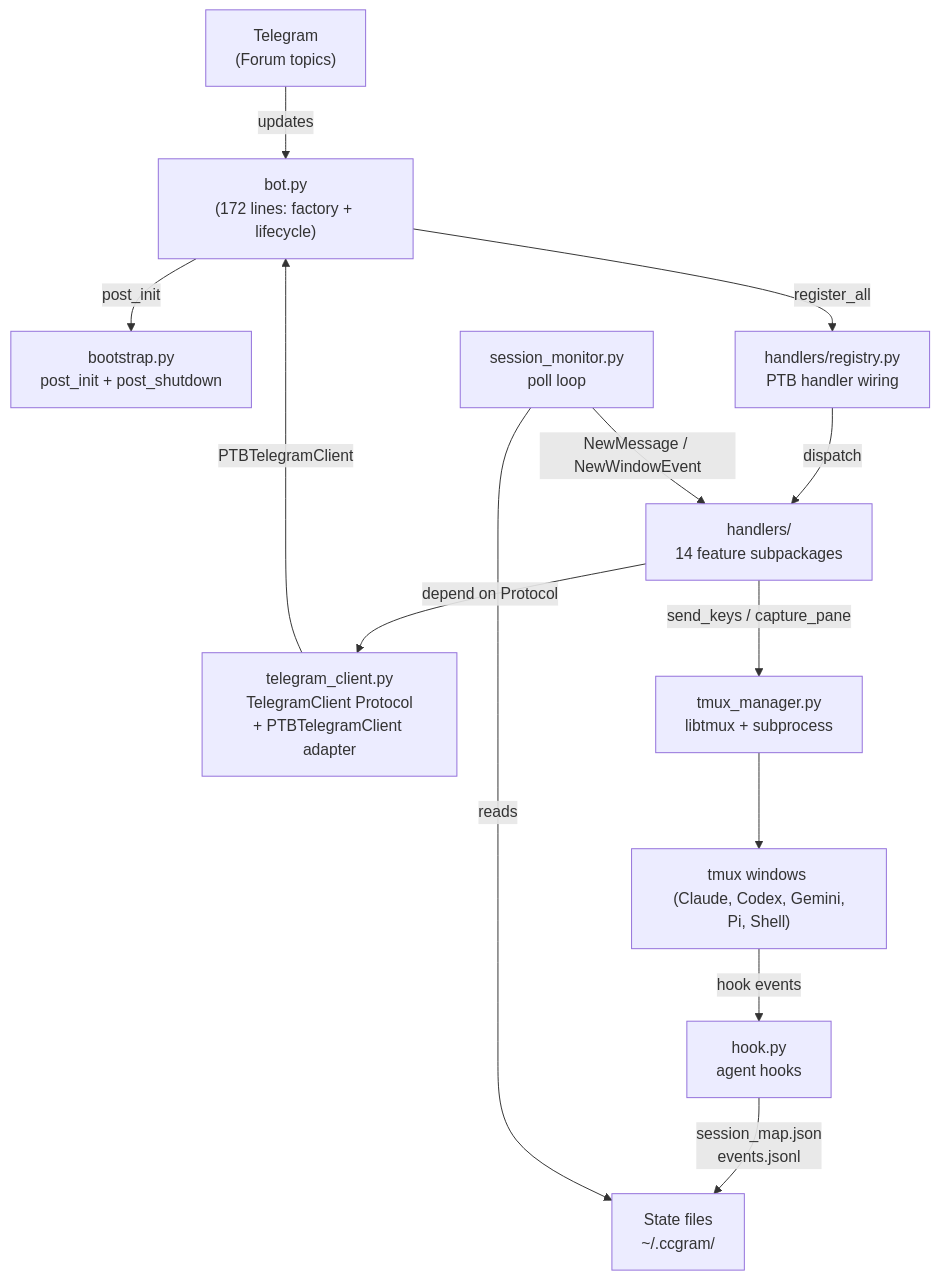
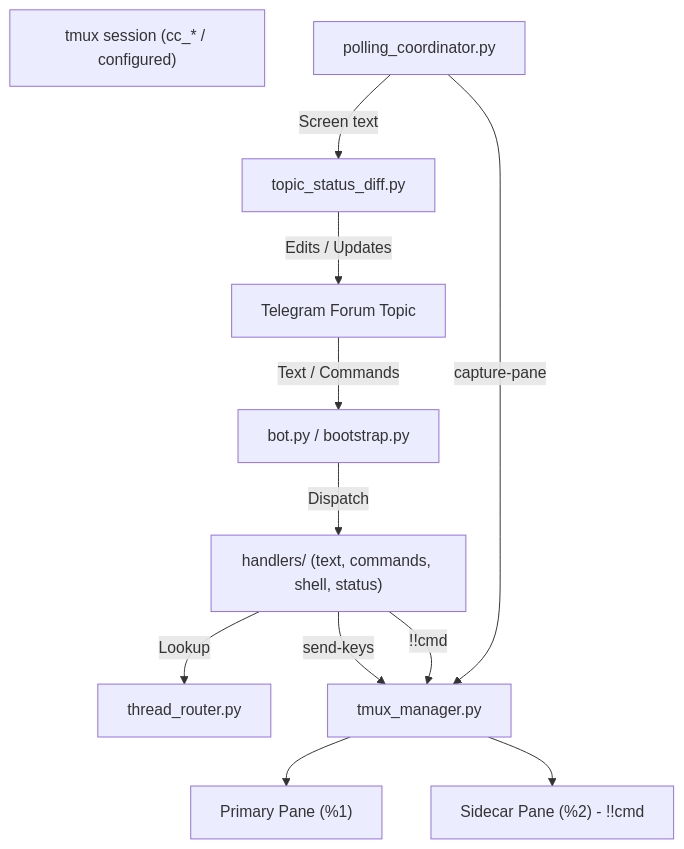
One commit to legale/ccgram changed the diagram in docs/architecture.md. Above: the diagram before and after it, drawn with Mermaid. The commit also changed other lines of this file and 3 other files, not shown here.

Commit message:
Docs: Update architecture, summary, and remove legacy provider docs (Point 13)

````diff
--- a/docs/architecture.md
+++ b/docs/architecture.md
@@ -9,27 +20,24 @@
 ```mermaid
 graph TB
-    Telegram["Telegram<br>(Forum topics)"]
-    Bot["bot.py<br>(172 lines: factory + lifecycle)"]
-    Bootstrap["bootstrap.py<br>post_init + post_shutdown"]
-    Registry["handlers/registry.py<br>PTB handler wiring"]
-    TC["telegram_client.py<br>TelegramClient Protocol<br>+ PTBTelegramClient adapter"]
-    Handlers["handlers/<br>14 feature subpackages"]
-    TmuxMgr["tmux_manager.py <br> libtmux + subprocess"]
-    Windows["tmux windows <br> (Claude, Codex, Gemini, Pi, Shell)"]
-    Hook["hook.py<br>agent hooks"]
-    Monitor["session_monitor.py<br>poll loop"]
-    State["State files<br>~/.ccgram/"]
+    Telegram["Telegram Forum Topic"]
+    Bot["bot.py / bootstrap.py"]
+    Router["thread_router.py"]
+    Handlers["handlers/ (text, commands, shell, status)"]
+    TmuxMgr["tmux_manager.py"]
+    TmuxSession["tmux session (cc_* / configured)"]
+    PrimaryPane["Primary Pane (%1)"]
+    SidecarPane["Sidecar Pane (%2) - !!cmd"]
+    PollCoordinator["polling_coordinator.py"]
+    DiffEngine["topic_status_diff.py"]
 
-    Telegram -- "updates" --> Bot
-    Bot -- "post_init" --> Bootstrap
-    Bot -- "register_all" --> Registry
-    Registry -- "dispatch" --> Handlers
-    Handlers -- "depend on Protocol" --> TC
-    TC -- "PTBTelegramClient" --> Bot
-    Handlers -- "send_keys / capture_pane" --> TmuxMgr
-    TmuxMgr --> Windows
-    Windows -- "hook events" --> Hook
-    Hook -- "session_map.json<br>events.jsonl" --> State
-    Monitor -- "reads" --> State
-    Monitor -- "NewMessage / NewWindowEvent" --> Handlers
+    Telegram -- "Text / Commands" --> Bot
+    Bot -- "Dispatch" --> Handlers
+    Handlers -- "Lookup" --> Router
+    Handlers -- "send-keys" --> TmuxMgr
+    Handlers -- "!!cmd" --> TmuxMgr
+    TmuxMgr --> PrimaryPane
+    TmuxMgr --> SidecarPane
+    PollCoordinator -- "capture-pane" --> TmuxMgr
+    PollCoordinator -- "Screen text" --> DiffEngine
+    DiffEngine -- "Edits / Updates" --> Telegram
 ```
````
